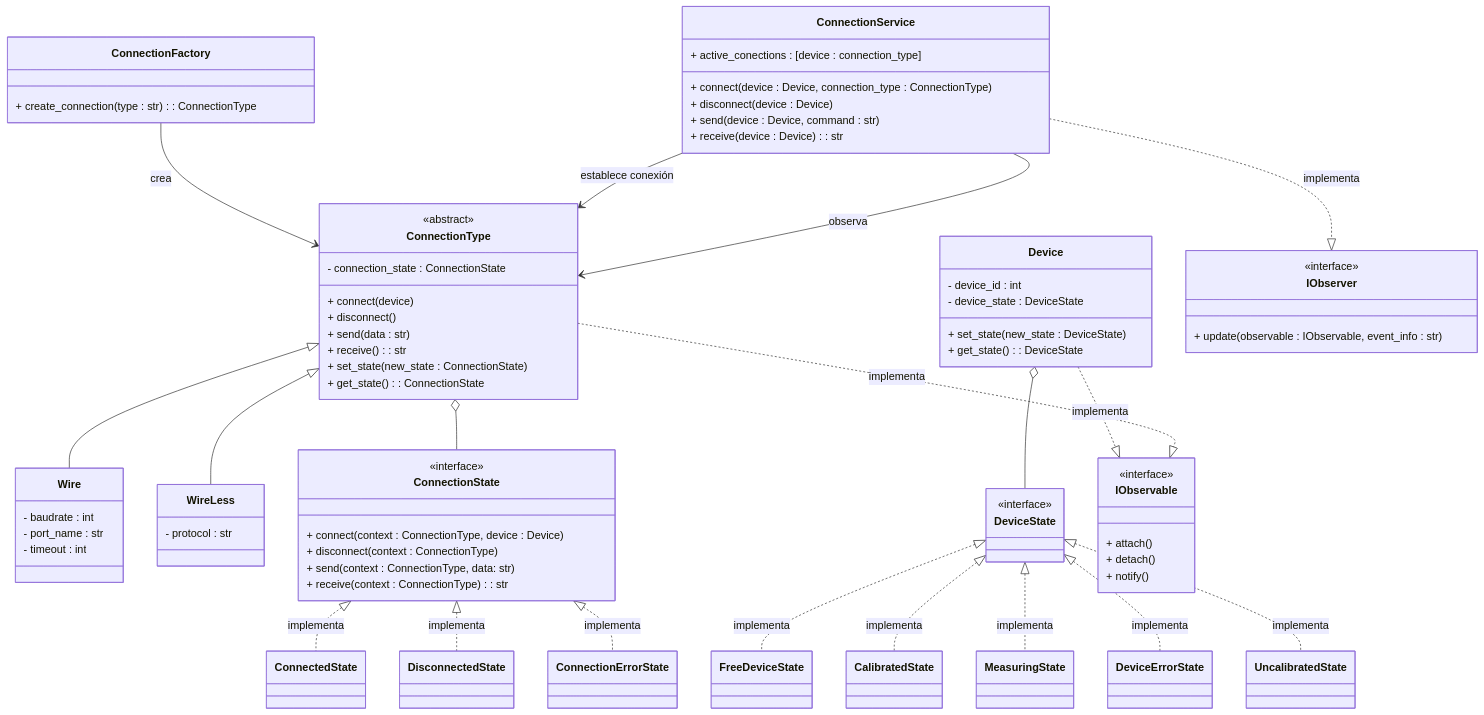
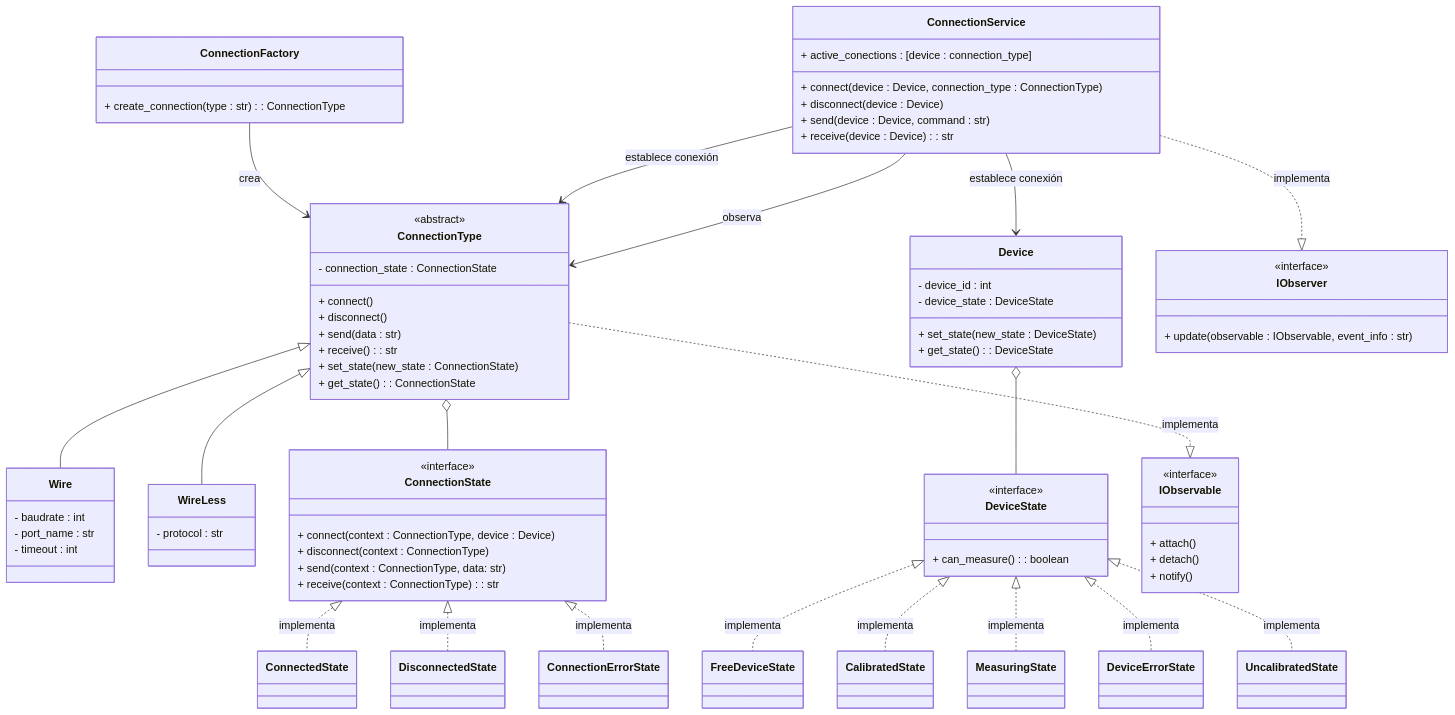
Before and after one commit to alegrelias/Repo-GMini: the second of 6 diagrams in Gmini-MarkDown/Diagramas/Clases Conceptuales.md, drawn with Mermaid. The commit also changed other lines of this file, not shown here.

Commit message:
Se modifica diagrama de clases

````diff
--- a/Gmini-MarkDown/Diagramas/Clases Conceptuales.md
+++ b/Gmini-MarkDown/Diagramas/Clases Conceptuales.md
@@ -336,7 +337,7 @@
 class ConnectionType {
 	<<abstract>>
 	- connection_state : ConnectionState
-	+ connect(device)
+	+ connect()
 	+ disconnect()
 	+ send(data : str)
 	+ receive() : str
@@ -374,6 +375,7 @@
 
 class DeviceState{
 		<<interface>>
+		+ can_measure() : boolean
 	}
 	class FreeDeviceState
 	class CalibratedState
@@ -411,7 +413,6 @@
 
 %% relaciones
 
-Device ..|> IObservable : implementa
 ConnectionService ..|> IObserver : implementa
 
 ConnectionType ..|> IObservable : implementa
@@ -432,5 +433,6 @@
 Device o-- DeviceState
 
 ConnectionService --> ConnectionType : establece conexión
+ConnectionService --> Device : establece conexión
 ConnectionService --> ConnectionType : observa
 ```
````
